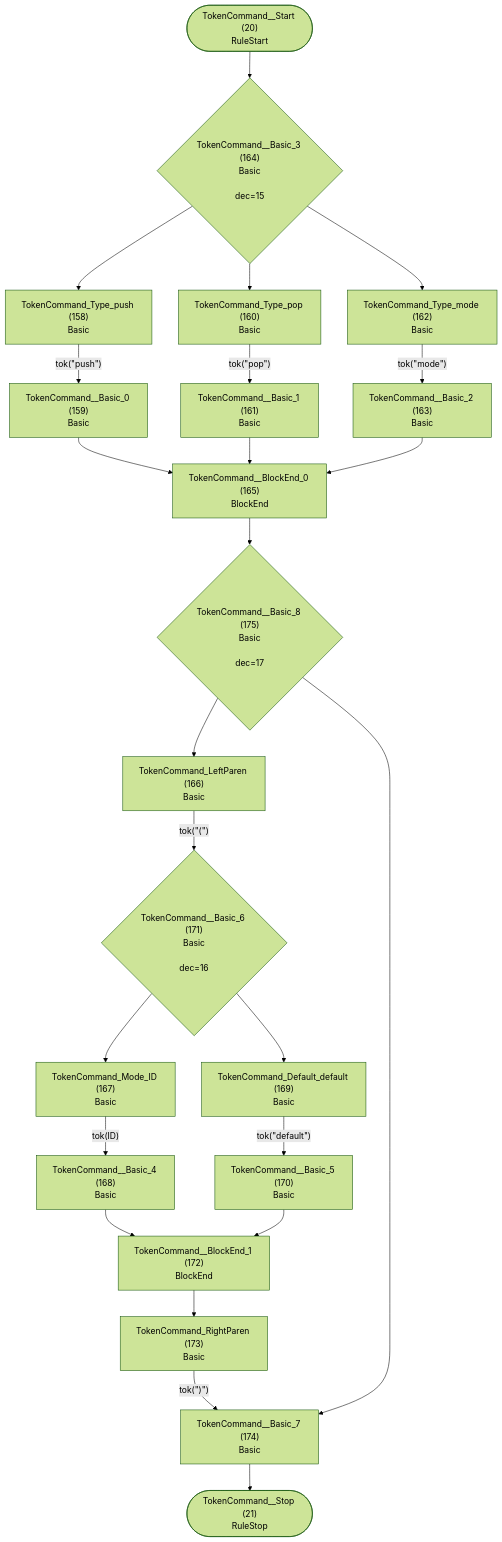
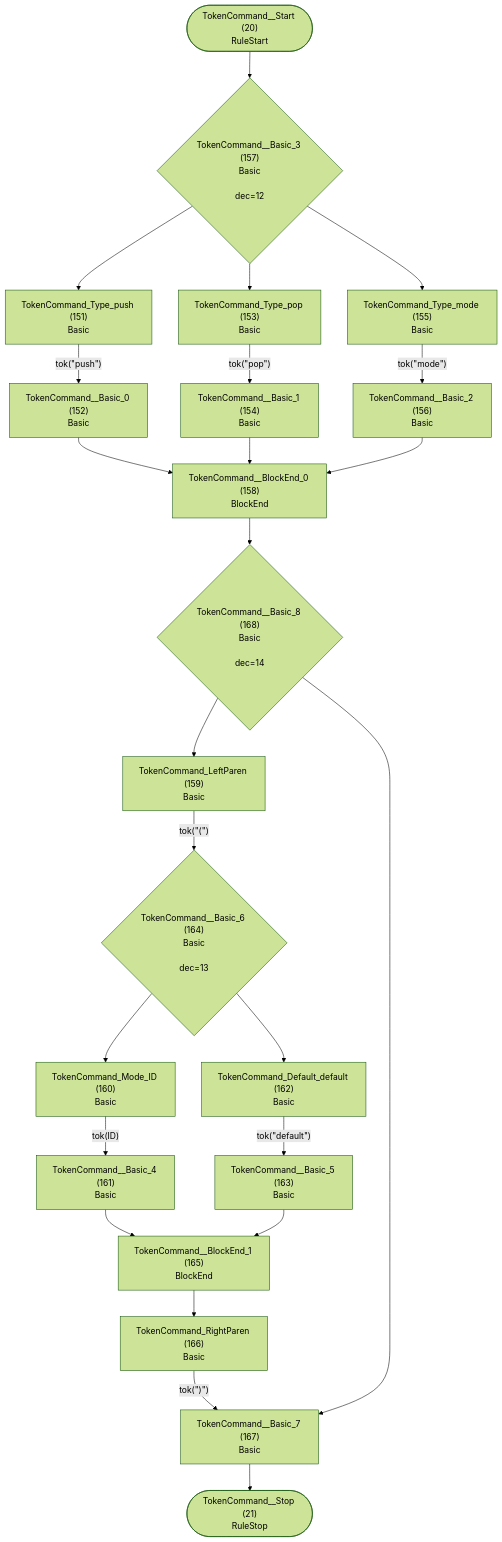
Diagram 11 of 29 in internal/grammar/atn.md (TypeFox/fastbelt), drawn with Mermaid (forest theme) before and after one commit. The commit also changed other lines of this file and 13 other files, not shown here.

````diff
--- a/internal/grammar/atn.md
+++ b/internal/grammar/atn.md
@@ -331,47 +310,47 @@
 ```mermaid
 flowchart TD
     q20(["TokenCommand__Start (20)<br/>RuleStart"])
     q21(["TokenCommand__Stop (21)<br/>RuleStop"])
-    q158["TokenCommand_Type_push (158)<br/>Basic<br/>"]
-    q159["TokenCommand__Basic_0 (159)<br/>Basic<br/>"]
-    q160["TokenCommand_Type_pop (160)<br/>Basic<br/>"]
-    q161["TokenCommand__Basic_1 (161)<br/>Basic<br/>"]
-    q162["TokenCommand_Type_mode (162)<br/>Basic<br/>"]
-    q163["TokenCommand__Basic_2 (163)<br/>Basic<br/>"]
-    q164{"TokenCommand__Basic_3 (164)<br/>Basic<br/><br/>dec=15"}
-    q165["TokenCommand__BlockEnd_0 (165)<br/>BlockEnd<br/>"]
-    q166["TokenCommand_LeftParen (166)<br/>Basic<br/>"]
-    q167["TokenCommand_Mode_ID (167)<br/>Basic<br/>"]
-    q168["TokenCommand__Basic_4 (168)<br/>Basic<br/>"]
-    q169["TokenCommand_Default_default (169)<br/>Basic<br/>"]
-    q170["TokenCommand__Basic_5 (170)<br/>Basic<br/>"]
-    q171{"TokenCommand__Basic_6 (171)<br/>Basic<br/><br/>dec=16"}
-    q172["TokenCommand__BlockEnd_1 (172)<br/>BlockEnd<br/>"]
-    q173["TokenCommand_RightParen (173)<br/>Basic<br/>"]
-    q174["TokenCommand__Basic_7 (174)<br/>Basic<br/>"]
-    q175{"TokenCommand__Basic_8 (175)<br/>Basic<br/><br/>dec=17"}
+    q151["TokenCommand_Type_push (151)<br/>Basic<br/>"]
+    q152["TokenCommand__Basic_0 (152)<br/>Basic<br/>"]
+    q153["TokenCommand_Type_pop (153)<br/>Basic<br/>"]
+    q154["TokenCommand__Basic_1 (154)<br/>Basic<br/>"]
+    q155["TokenCommand_Type_mode (155)<br/>Basic<br/>"]
+    q156["TokenCommand__Basic_2 (156)<br/>Basic<br/>"]
+    q157{"TokenCommand__Basic_3 (157)<br/>Basic<br/><br/>dec=12"}
+    q158["TokenCommand__BlockEnd_0 (158)<br/>BlockEnd<br/>"]
+    q159["TokenCommand_LeftParen (159)<br/>Basic<br/>"]
+    q160["TokenCommand_Mode_ID (160)<br/>Basic<br/>"]
+    q161["TokenCommand__Basic_4 (161)<br/>Basic<br/>"]
+    q162["TokenCommand_Default_default (162)<br/>Basic<br/>"]
+    q163["TokenCommand__Basic_5 (163)<br/>Basic<br/>"]
+    q164{"TokenCommand__Basic_6 (164)<br/>Basic<br/><br/>dec=13"}
+    q165["TokenCommand__BlockEnd_1 (165)<br/>BlockEnd<br/>"]
+    q166["TokenCommand_RightParen (166)<br/>Basic<br/>"]
+    q167["TokenCommand__Basic_7 (167)<br/>Basic<br/>"]
+    q168{"TokenCommand__Basic_8 (168)<br/>Basic<br/><br/>dec=14"}
 
-    q20 --> q164
-    q158 -->|"tok(&quot;push&quot;)"| q159
-    q159 --> q165
-    q160 -->|"tok(&quot;pop&quot;)"| q161
+    q20 --> q157
+    q151 -->|"tok(&quot;push&quot;)"| q152
+    q152 --> q158
+    q153 -->|"tok(&quot;pop&quot;)"| q154
+    q154 --> q158
+    q155 -->|"tok(&quot;mode&quot;)"| q156
+    q156 --> q158
+    q157 --> q151
+    q157 --> q153
+    q157 --> q155
+    q158 --> q168
+    q159 -->|"tok(&quot;(&quot;)"| q164
+    q160 -->|"tok(ID)"| q161
     q161 --> q165
-    q162 -->|"tok(&quot;mode&quot;)"| q163
+    q162 -->|"tok(&quot;default&quot;)"| q163
     q163 --> q165
-    q164 --> q158
     q164 --> q160
     q164 --> q162
-    q165 --> q175
-    q166 -->|"tok(&quot;(&quot;)"| q171
-    q167 -->|"tok(ID)"| q168
-    q168 --> q172
-    q169 -->|"tok(&quot;default&quot;)"| q170
-    q170 --> q172
-    q171 --> q167
-    q171 --> q169
-    q172 --> q173
-    q173 -->|"tok(&quot;)&quot;)"| q174
-    q174 --> q21
-    q175 --> q166
-    q175 --> q174
+    q165 --> q166
+    q166 -->|"tok(&quot;)&quot;)"| q167
+    q167 --> q21
+    q168 --> q159
+    q168 --> q167
 ```
````
